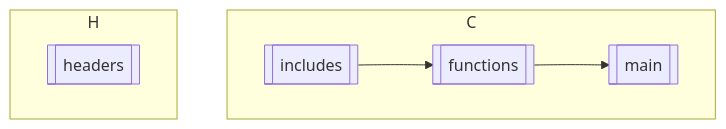
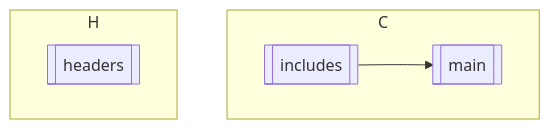
One commit to denischanc/cmap changed the second of 2 diagrams in src/tool/README.md. Above: the diagram before and after it, drawn with Mermaid. The commit also changed 5 other files, not shown here.

````diff
--- a/src/tool/README.md
+++ b/src/tool/README.md
@@ -65,12 +65,11 @@
 ```mermaid
 flowchart TD
   subgraph C
     includes[[includes]]
-    functions[[functions]]
     main[[main]]
-    includes --> functions --> main
+    includes --> main
   end
   subgraph H
     headers[[headers]]
   end
 ```
````
